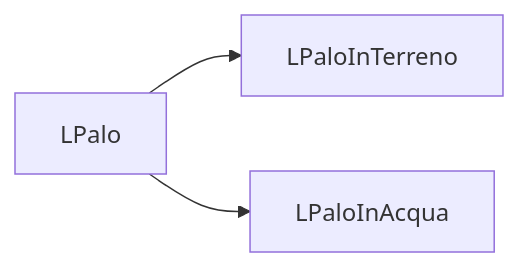
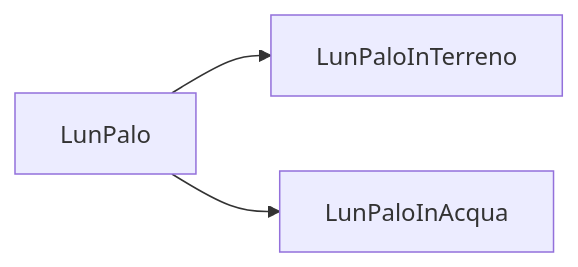
One commit to felixblog/edu changed the second of 3 diagrams in dev/Problemi I grado/Problemi_I_grado.md. Above: the diagram before and after it, drawn with Mermaid. The commit also changed other lines of this file and 1 other file, not shown here.

````diff
--- a/dev/Problemi I grado/Problemi_I_grado.md
+++ b/dev/Problemi I grado/Problemi_I_grado.md
@@ -152,5 +152,5 @@
 ```mermaid
 graph LR
-A[LPalo] --> B[LPaloInTerreno]
-A[LPalo] --> C[LPaloInAcqua]
+A[LunPalo] --> B[LunPaloInTerreno]
+A[LunPalo] --> C[LunPaloInAcqua]
 ```
````
